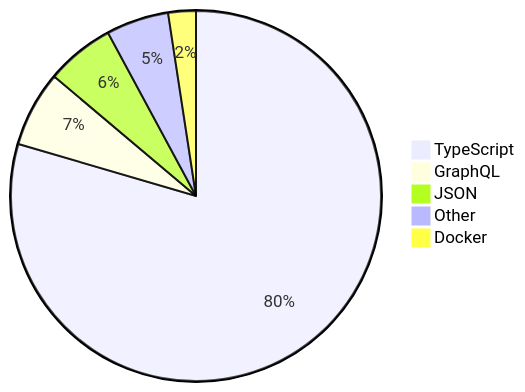
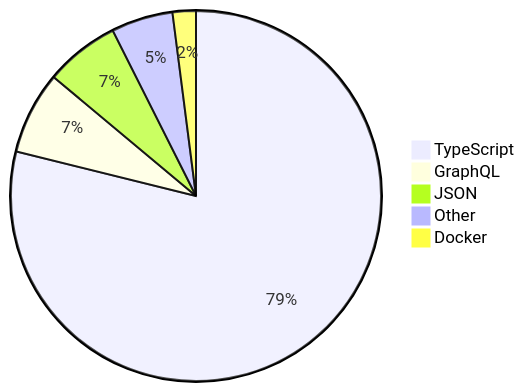
The diagram in README.md (skvggor/skvggor), drawn with Mermaid before and after one commit.

Commit message:
Updated waka-readme graph with new metrics

````diff
--- a/README.md
+++ b/README.md
@@ -16,8 +16,8 @@
 ```mermaid
 pie
-    "TypeScript" : 75.8
-    "GraphQL" : 6.3
-    "JSON" : 5.7
-    "Other" : 5.2
-    "Docker" : 2.3
+    "TypeScript" : 77.6
+    "GraphQL" : 7.1
+    "JSON" : 6.4
+    "Other" : 5.3
+    "Docker" : 2.0
 ```
````
